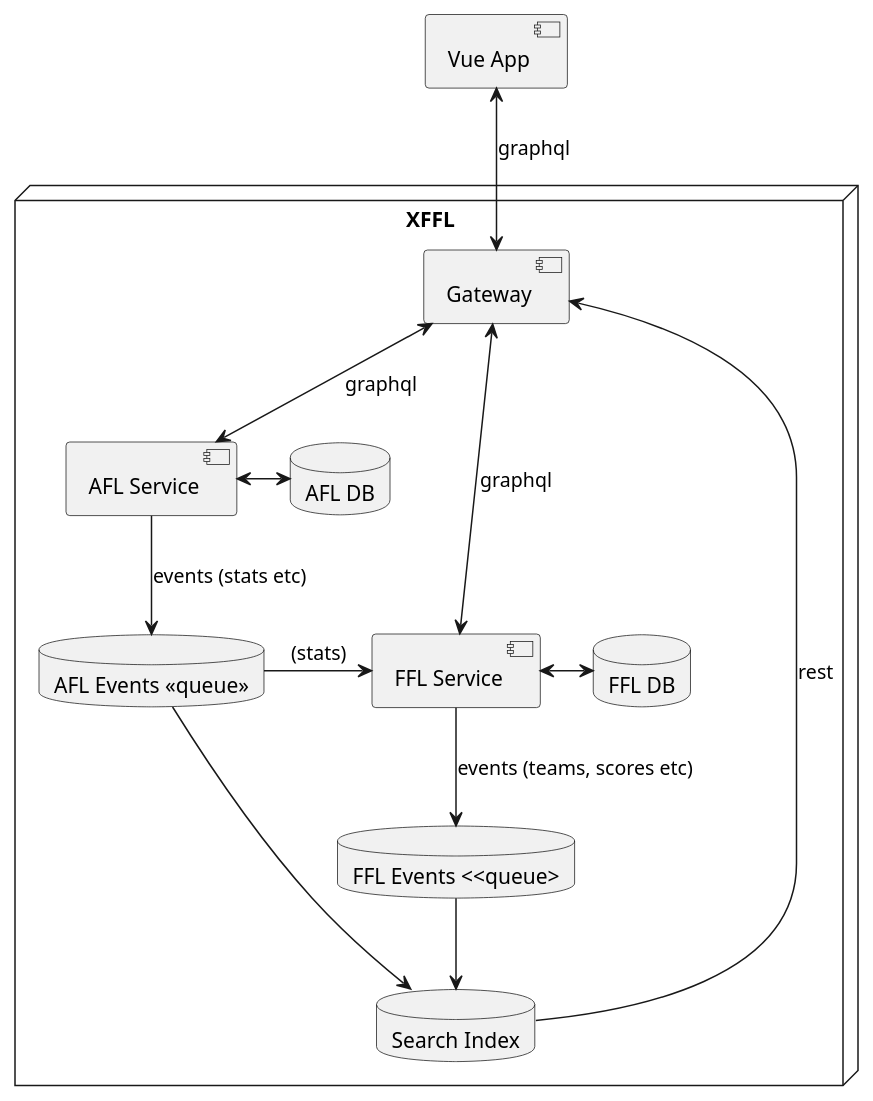
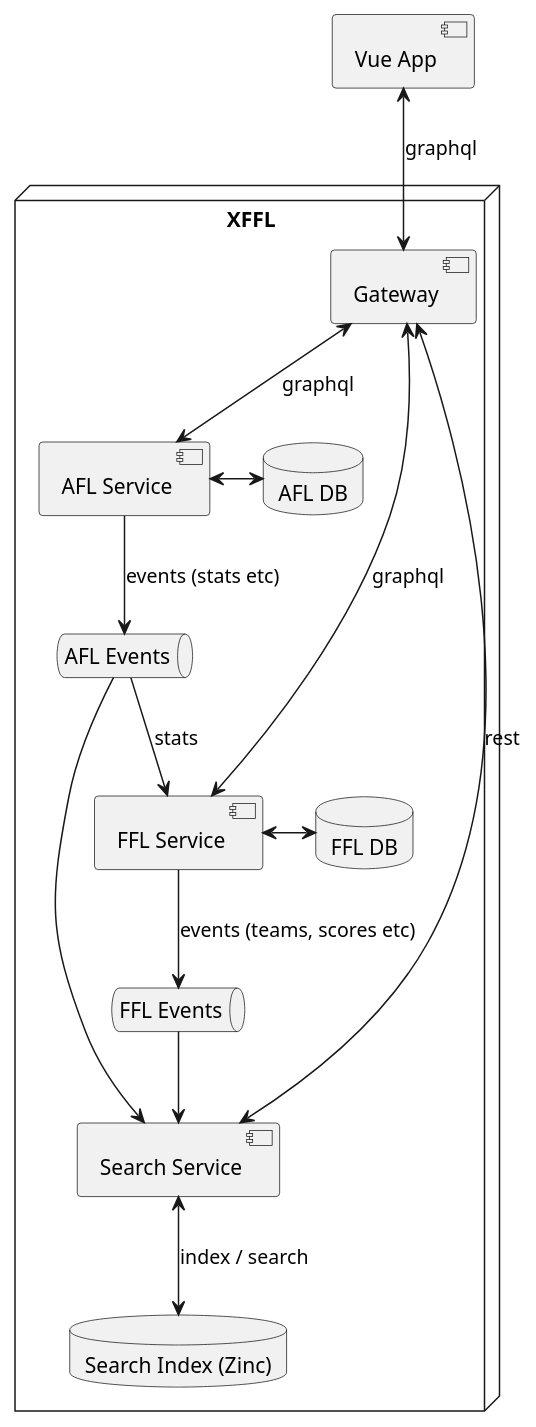
One commit to ruiboy/xffl changed the diagram in doc/logical-view.puml. Above: the diagram before and after it, drawn with PlantUML. The commit also changed 1 other file, not shown here.

Commit message:
Plan Phase 13: Search Service sprint
Adds current-sprint.md for the Search service build (port 8082):
event-driven Zinc indexing for AFL player match stats and FFL fantasy
scores, REST search API, and gateway passthrough.

Also updates logical-view.puml to reflect the Search service and
corrected event flow arrows.

```diff
--- a/doc/logical-view.puml
+++ b/doc/logical-view.puml
@@ -1,28 +1,36 @@
 @startuml
 
 [Vue App] as vueapp
 
 node "XFFL" {
   [Gateway] as gateway
+
   [AFL Service] as aflservice
   [FFL Service] as fflservice
+  [Search Service] as searchservice
+
   database "AFL DB" as afldb
   database "FFL DB" as ffldb
-  database "AFL Events <<queue>>" as aflqueue
-  database "FFL Events <<queue>" as fflqueue
-  database "Search Index" as searchindex
+  queue "AFL Events" as aflqueue
+  queue "FFL Events" as fflqueue
+  database "Search Index (Zinc)" as searchindex
 }
 
 vueapp <--> gateway : graphql
+
 gateway <--> aflservice : graphql
 aflservice <-> afldb
 aflservice --> aflqueue : "events (stats etc)"
-aflqueue --> searchindex
-aflqueue -> fflservice : (stats)
+aflqueue --> searchservice
+aflqueue --> fflservice : stats
+
 gateway <--> fflservice : graphql
 fflservice <-> ffldb
 fflservice --> fflqueue : "events (teams, scores etc)"
-fflqueue --> searchindex
-gateway <-- searchindex : rest
+fflqueue --> searchservice
+
+gateway <--> searchservice : rest
+searchservice <--> searchindex : index / search
+
 
 @enduml
```
